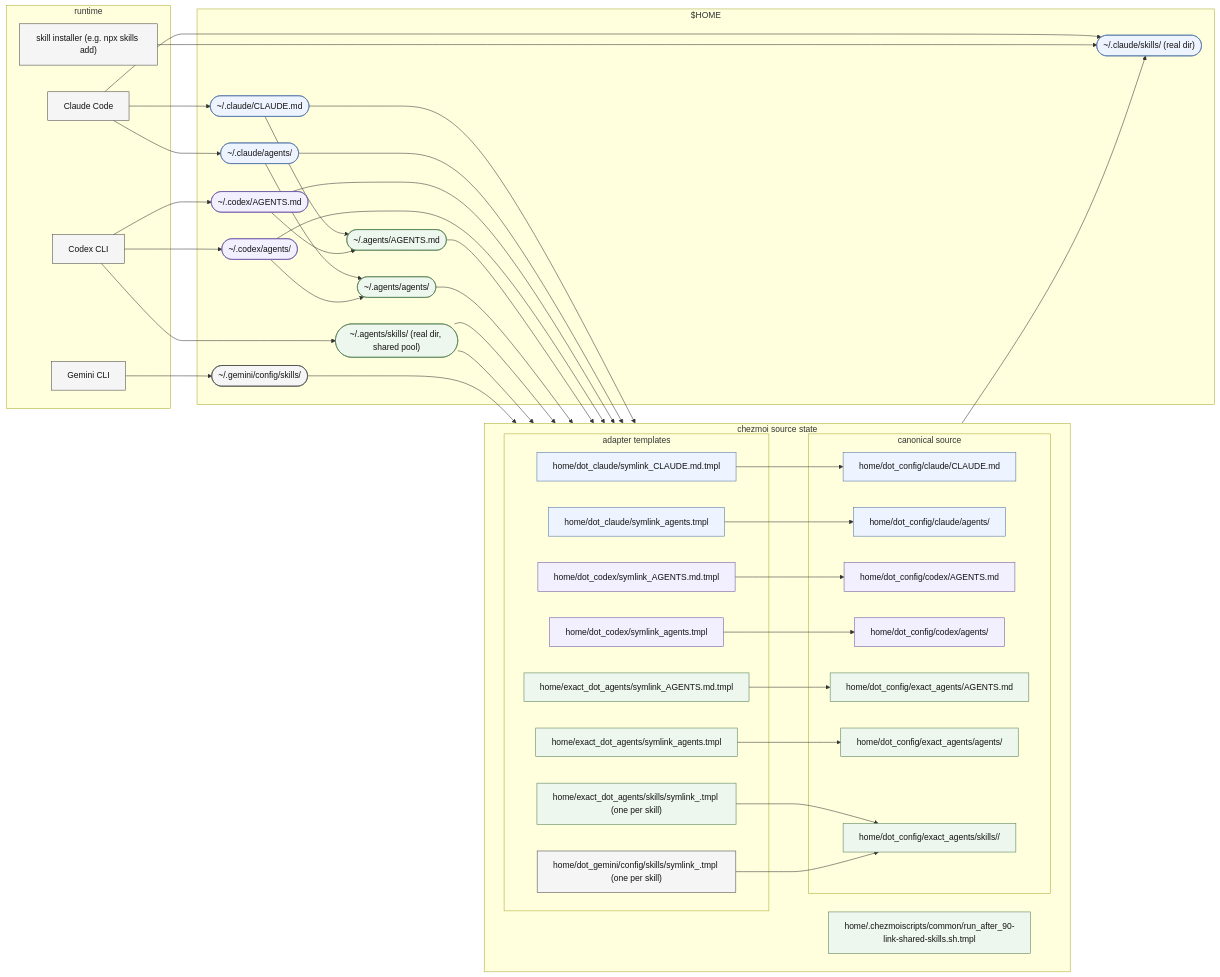
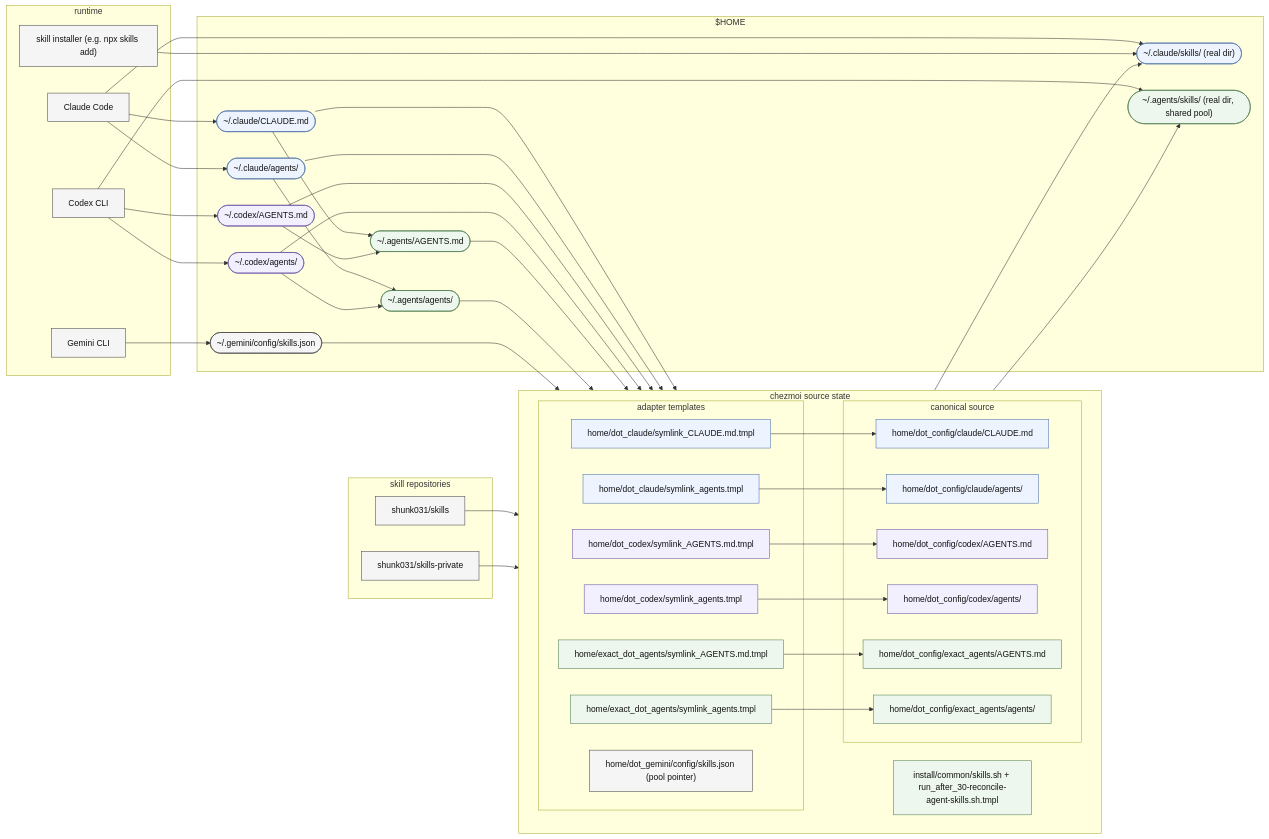
The diagram in home/dot_config/exact_agents/README.md (shunk031/dotfiles), drawn with Mermaid before and after one commit. The commit also changed other lines of this file and 101 other files, not shown here.

```diff
--- a/home/dot_config/exact_agents/README.md
+++ b/home/dot_config/exact_agents/README.md
@@ -25,6 +29,11 @@
     U_CODEX["Codex CLI"]
     U_INSTALLER["skill installer (e.g. npx skills add)"]
     U_GEMINI["Gemini CLI"]
+  end
+
+  subgraph UPSTREAM["skill repositories"]
+    R_PUBLIC["shunk031/skills"]
+    R_PRIVATE["shunk031/skills-private"]
   end
 
   subgraph HOME["$HOME"]
@@ -39,7 +48,7 @@
     H_SHARED_AGENTS(["~/.agents/agents/"])
     H_SHARED_SKILLS(["~/.agents/skills/ (real dir, shared pool)"])
 
-    H_GEMINI_SKILLS(["~/.gemini/config/skills/"])
+    H_GEMINI_SKILLS(["~/.gemini/config/skills.json"])
   end
 
   subgraph CHEZMOI["chezmoi source state"]
@@ -54,9 +63,7 @@
 
       A_SHARED["home/exact_dot_agents/symlink_AGENTS.md.tmpl"]
       A_SHARED_AGENTS["home/exact_dot_agents/symlink_agents.tmpl"]
-      A_SHARED_SKILL["home/exact_dot_agents/skills/symlink_<name>.tmpl (one per skill)"]
-
-      A_GEMINI_SKILLS["home/dot_gemini/config/skills/symlink_<name>.tmpl (one per skill)"]
+      A_GEMINI_SKILLS["home/dot_gemini/config/skills.json (pool pointer)"]
     end
 
     subgraph CANONICAL["canonical source"]
@@ -68,10 +75,9 @@
 
       S_SHARED["home/dot_config/exact_agents/AGENTS.md"]
       S_SHARED_AGENTS["home/dot_config/exact_agents/agents/"]
-      S_SHARED_SKILLS["home/dot_config/exact_agents/skills/<name>/"]
     end
 
-    RUNAFTER["home/.chezmoiscripts/common/run_after_90-link-shared-skills.sh.tmpl"]
+    RECONCILE["install/common/skills.sh + run_after_30-reconcile-agent-skills.sh.tmpl"]
   end
 
   U_CLAUDE --> H_CLAUDE
@@ -95,18 +101,19 @@
 
   H_SHARED --> A_SHARED --> S_SHARED
   H_SHARED_AGENTS --> A_SHARED_AGENTS --> S_SHARED_AGENTS
-  H_SHARED_SKILLS --> A_SHARED_SKILL --> S_SHARED_SKILLS
-
-  H_SHARED_SKILLS --> RUNAFTER --> H_CLAUDE_SKILLS
-  H_GEMINI_SKILLS --> A_GEMINI_SKILLS --> S_SHARED_SKILLS
+  R_PUBLIC --> RECONCILE
+  R_PRIVATE --> RECONCILE
+  RECONCILE --> H_SHARED_SKILLS
+  RECONCILE --> H_CLAUDE_SKILLS
+  H_GEMINI_SKILLS --> A_GEMINI_SKILLS
 
   classDef runtime fill:#f5f5f5,stroke:#444,color:#111;
   classDef agents fill:#eef7ee,stroke:#4f7a4f,color:#111;
   classDef claude fill:#eef4ff,stroke:#4a6fa5,color:#111;
   classDef codex fill:#f2f0ff,stroke:#6750a4,color:#111;
 
-  class U_CLAUDE,U_CODEX,U_INSTALLER,U_GEMINI runtime;
-  class H_SHARED,H_SHARED_AGENTS,H_SHARED_SKILLS,A_SHARED,A_SHARED_AGENTS,A_SHARED_SKILL,S_SHARED,S_SHARED_AGENTS,S_SHARED_SKILLS,RUNAFTER agents;
+  class U_CLAUDE,U_CODEX,U_INSTALLER,U_GEMINI,R_PUBLIC,R_PRIVATE runtime;
+  class H_SHARED,H_SHARED_AGENTS,H_SHARED_SKILLS,A_SHARED,A_SHARED_AGENTS,S_SHARED,S_SHARED_AGENTS,RECONCILE agents;
   class H_CLAUDE,H_CLAUDE_AGENTS,H_CLAUDE_SKILLS,A_CLAUDE,A_CLAUDE_AGENTS,S_CLAUDE,S_CLAUDE_AGENTS claude;
   class H_CODEX,H_CODEX_AGENTS,A_CODEX,A_CODEX_AGENTS,S_CODEX,S_CODEX_AGENTS codex;
   class H_GEMINI_SKILLS,A_GEMINI_SKILLS runtime;
```
